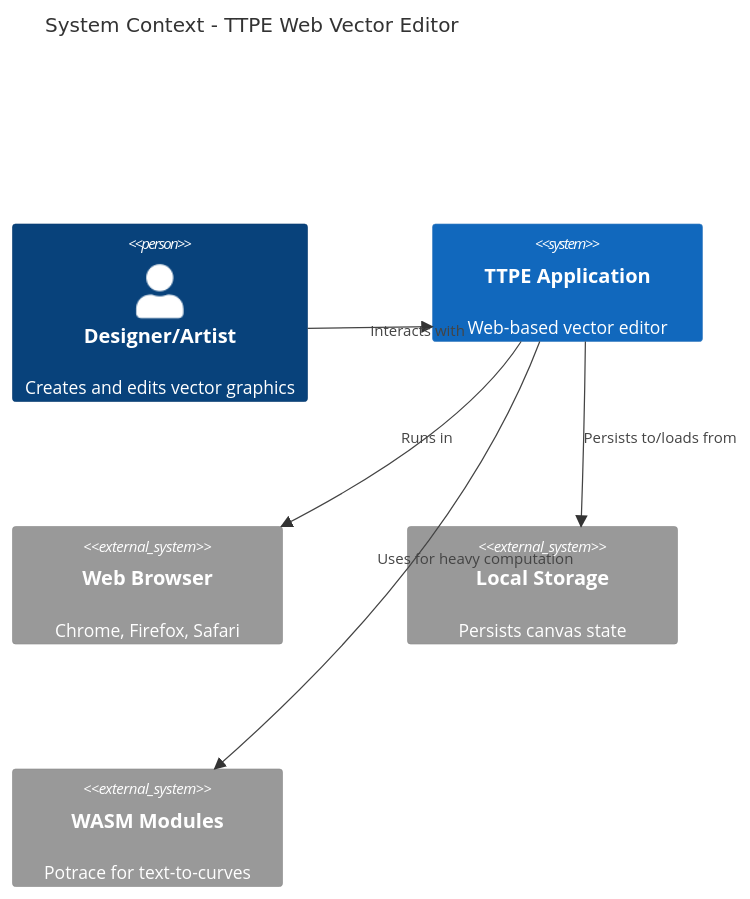
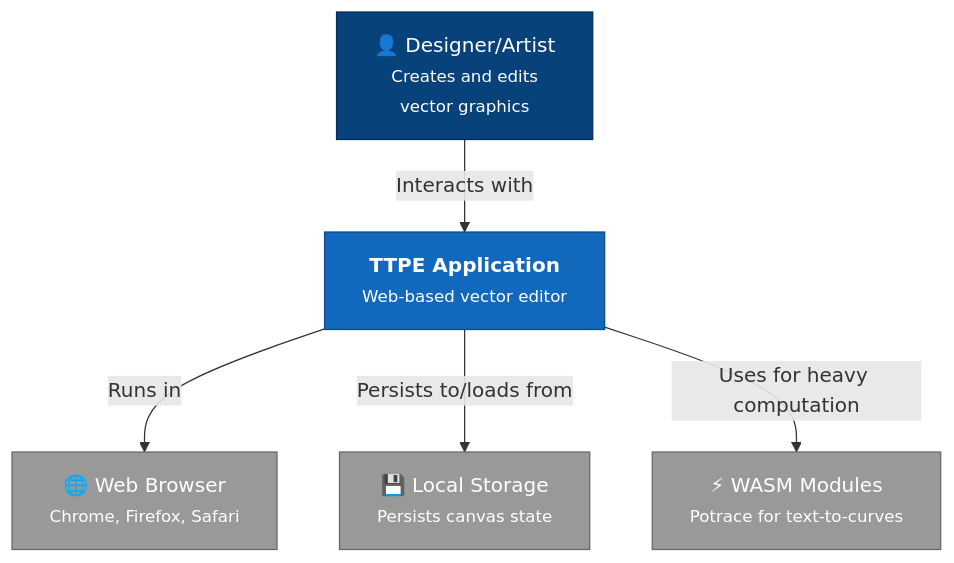
One commit to ekrsulov/ttpe changed the first of 4 diagrams in doc/docs/architecture/overview.md. Above: the diagram before and after it, drawn with Mermaid. The commit also changed other lines of this file and 7 other files, not shown here.

````diff
--- a/doc/docs/architecture/overview.md
+++ b/doc/docs/architecture/overview.md
@@ -45,15 +45,21 @@
 ```mermaid
-C4Context
-    title System Context - TTPE Web Vector Editor
+graph TB
+    User["👤 Designer/Artist<br/><small>Creates and edits<br/>vector graphics</small>"]
     
-    Person(user, "Designer/Artist", "Creates and edits vector graphics")
-    System(ttpe, "TTPE Application", "Web-based vector editor")
-    System_Ext(browser, "Web Browser", "Chrome, Firefox, Safari")
-    System_Ext(storage, "Local Storage", "Persists canvas state")
-    System_Ext(wasm, "WASM Modules", "Potrace for text-to-curves")
+    TTPE["<b>TTPE Application</b><br/><small>Web-based vector editor</small>"]
     
-    Rel(user, ttpe, "Interacts with")
-    Rel(ttpe, browser, "Runs in")
-    Rel(ttpe, storage, "Persists to/loads from")
-    Rel(ttpe, wasm, "Uses for heavy computation")
+    Browser["🌐 Web Browser<br/><small>Chrome, Firefox, Safari</small>"]
+    Storage["💾 Local Storage<br/><small>Persists canvas state</small>"]
+    WASM["⚡ WASM Modules<br/><small>Potrace for text-to-curves</small>"]
+    
+    User -->|"Interacts with"| TTPE
+    TTPE -->|"Runs in"| Browser
+    TTPE -->|"Persists to/loads from"| Storage
+    TTPE -->|"Uses for heavy computation"| WASM
+    
+    style User fill:#08427b,stroke:#052e56,color:#fff
+    style TTPE fill:#1168bd,stroke:#0b4884,color:#fff
+    style Browser fill:#999,stroke:#666,color:#fff
+    style Storage fill:#999,stroke:#666,color:#fff
+    style WASM fill:#999,stroke:#666,color:#fff
 ```
````
